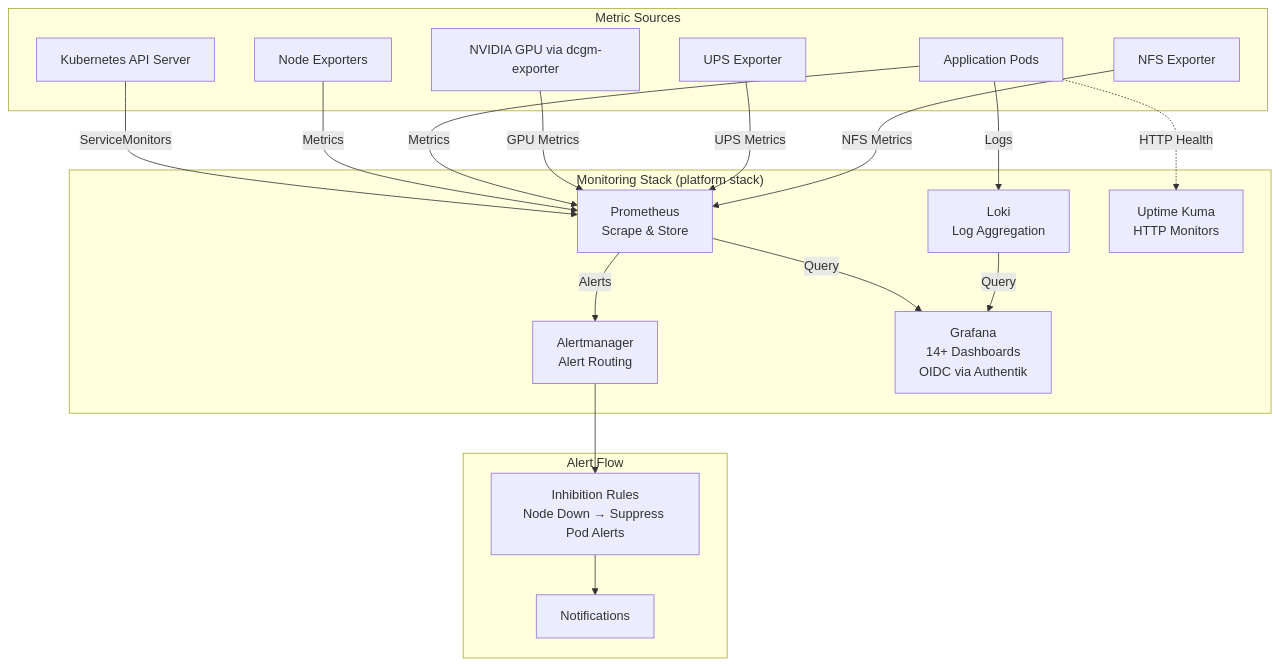
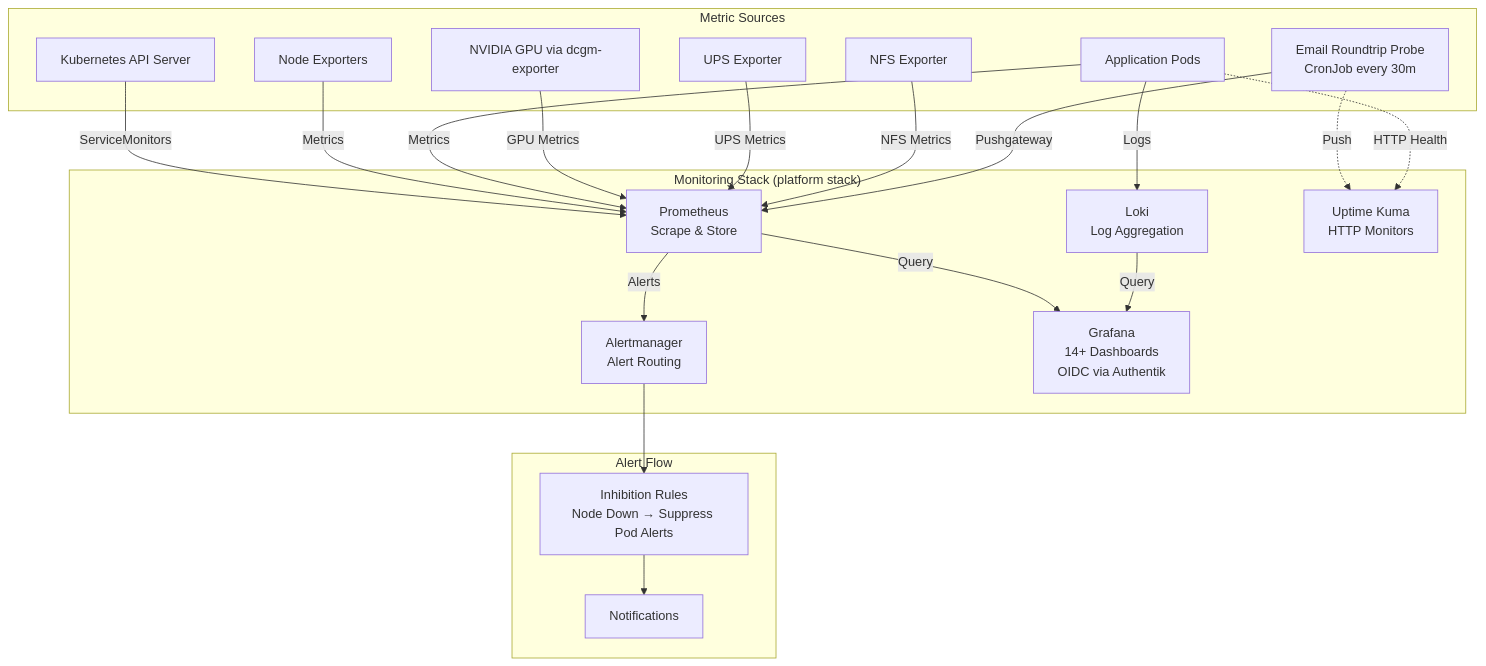
Before and after one commit to ViktorBarzin/infra: the first of 2 diagrams in docs/architecture/monitoring.md, drawn with Mermaid. The commit also changed other lines of this file and 4 other files, not shown here.

First line of the commit message:
add e2e email roundtrip monitoring

````diff
--- a/docs/architecture/monitoring.md
+++ b/docs/architecture/monitoring.md
@@ -9,41 +9,44 @@
 ```mermaid
 graph TB
     subgraph "Metric Sources"
         K8S[Kubernetes API Server]
         NODES[Node Exporters]
         PODS[Application Pods]
         GPU[NVIDIA GPU via dcgm-exporter]
         UPS[UPS Exporter]
         NFS[NFS Exporter]
+        EMAIL[Email Roundtrip Probe<br/>CronJob every 30m]
     end
 
     subgraph "Monitoring Stack (platform stack)"
         PROM[Prometheus<br/>Scrape & Store]
         LOKI[Loki<br/>Log Aggregation]
         AM[Alertmanager<br/>Alert Routing]
         GRAFANA[Grafana<br/>14+ Dashboards<br/>OIDC via Authentik]
         UPTIME[Uptime Kuma<br/>HTTP Monitors]
     end
 
     subgraph "Alert Flow"
         INHIBIT[Inhibition Rules<br/>Node Down → Suppress Pod Alerts]
         NOTIFY[Notifications]
     end
 
     K8S -->|ServiceMonitors| PROM
     NODES -->|Metrics| PROM
     PODS -->|Metrics| PROM
     PODS -->|Logs| LOKI
     GPU -->|GPU Metrics| PROM
     UPS -->|UPS Metrics| PROM
     NFS -->|NFS Metrics| PROM
 
     PROM -->|Query| GRAFANA
     PROM -->|Alerts| AM
     LOKI -->|Query| GRAFANA
 
     AM --> INHIBIT
     INHIBIT --> NOTIFY
 
+    EMAIL -->|Pushgateway| PROM
+    EMAIL -.->|Push| UPTIME
     PODS -.->|HTTP Health| UPTIME
 ```
````
